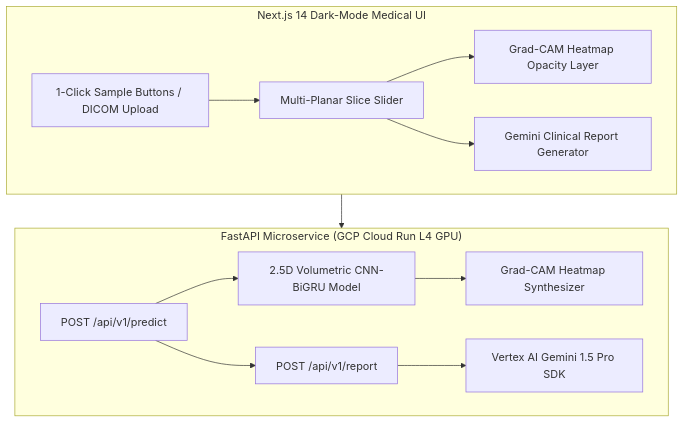
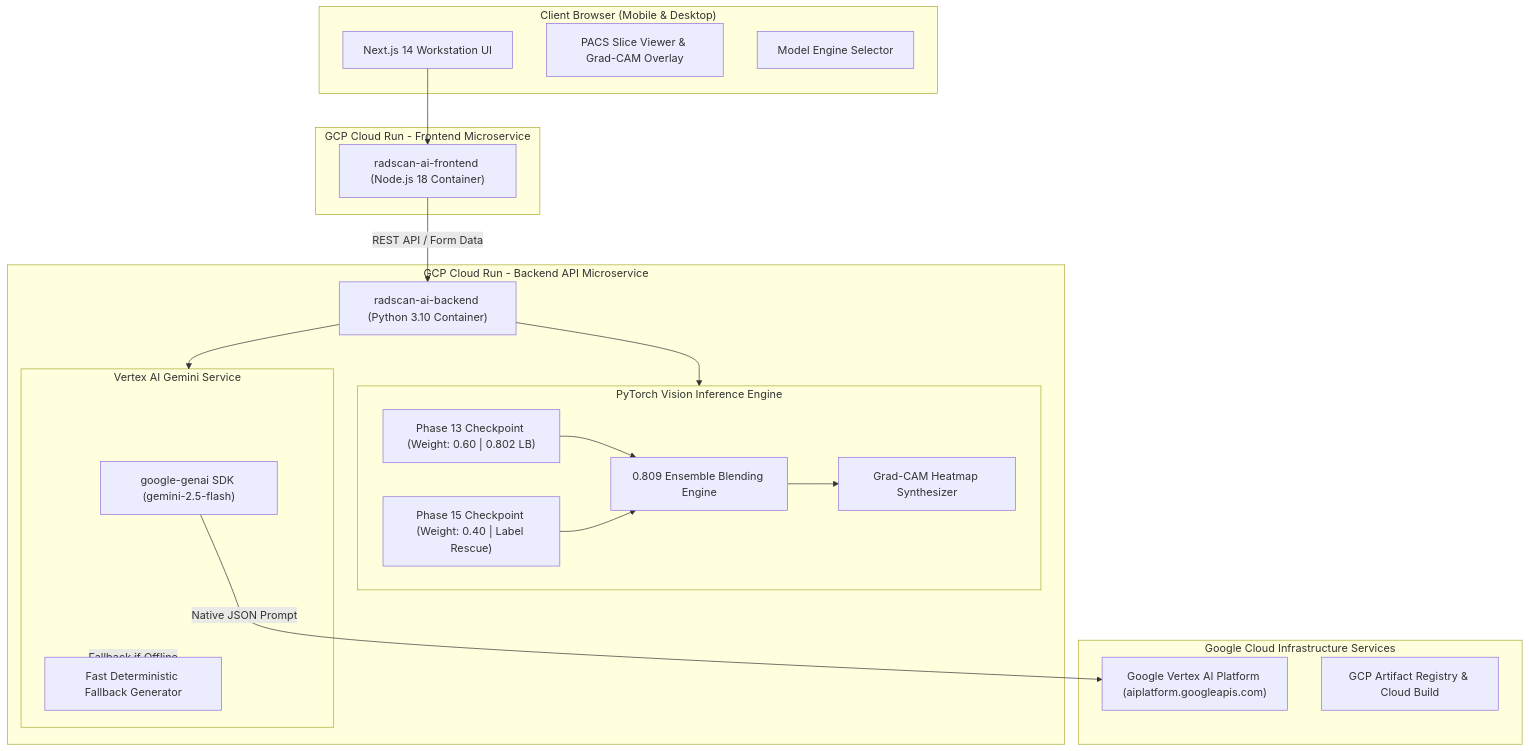
One commit to Sahil5273/RadScan-AI changed the diagram in README.md. Above: the diagram before and after it, drawn with Mermaid. The commit also changed other lines of this file, not shown here.

````diff
--- a/README.md
+++ b/README.md
@@ -26,17 +48,42 @@
 ```mermaid
 flowchart TD
-    subgraph Frontend ["Next.js 14 Dark-Mode Medical UI"]
-        A[1-Click Sample Buttons / DICOM Upload] --> B[Multi-Planar Slice Slider]
-        B --> C[Grad-CAM Heatmap Opacity Layer]
-        B --> D[Gemini Clinical Report Generator]
+    subgraph Client ["Client Browser (Mobile & Desktop)"]
+        UI[Next.js 14 Workstation UI]
+        PACS[PACS Slice Viewer & Grad-CAM Overlay]
+        Selector[Model Engine Selector]
     end
 
-    subgraph Backend ["FastAPI Microservice (GCP Cloud Run L4 GPU)"]
-        E[POST /api/v1/predict] --> F[2.5D Volumetric CNN-BiGRU Model]
-        F --> G[Grad-CAM Heatmap Synthesizer]
-        E --> H[POST /api/v1/report]
-        H --> I[Vertex AI Gemini 1.5 Pro SDK]
+    subgraph GCP_Frontend ["GCP Cloud Run - Frontend Microservice"]
+        FE_Container["radscan-ai-frontend (Node.js 18 Container)"]
     end
 
-    Frontend --> Backend
+    subgraph GCP_Backend ["GCP Cloud Run - Backend API Microservice"]
+        BE_Container["radscan-ai-backend (Python 3.10 Container)"]
+        
+        subgraph Vision_Engine ["PyTorch Vision Inference Engine"]
+            P13["Phase 13 Checkpoint (Weight: 0.60 | 0.802 LB)"]
+            P15["Phase 15 Checkpoint (Weight: 0.40 | Label Rescue)"]
+            Blend["0.809 Ensemble Blending Engine"]
+            GradCAM["Grad-CAM Heatmap Synthesizer"]
+        end
+
+        subgraph Report_Engine ["Vertex AI Gemini Service"]
+            GenAI["google-genai SDK (gemini-2.5-flash)"]
+            Template["Fast Deterministic Fallback Generator"]
+        end
+      end
+
+    subgraph GCP_Services ["Google Cloud Infrastructure Services"]
+        VertexAI["Google Vertex AI Platform (aiplatform.googleapis.com)"]
+        ArtifactReg["GCP Artifact Registry & Cloud Build"]
+    end
+
+    UI --> FE_Container
+    FE_Container -->|REST API / Form Data| BE_Container
+    BE_Container --> Vision_Engine
+    P13 & P15 --> Blend
+    Blend --> GradCAM
+    BE_Container --> Report_Engine
+    GenAI -->|Native JSON Prompt| VertexAI
+    Report_Engine -->|Fallback if Offline| Template
 ```
````
